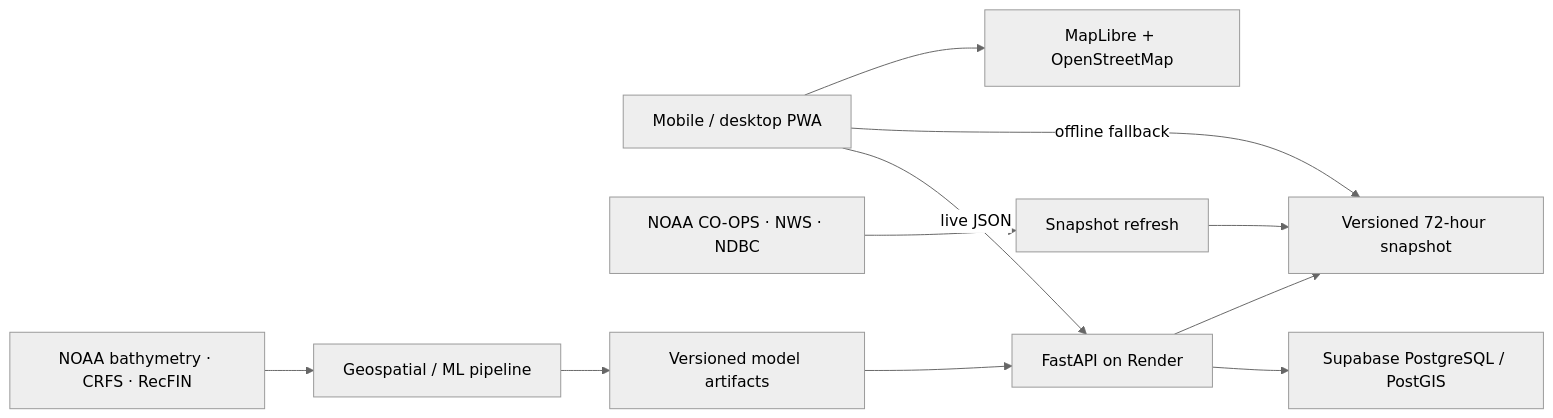
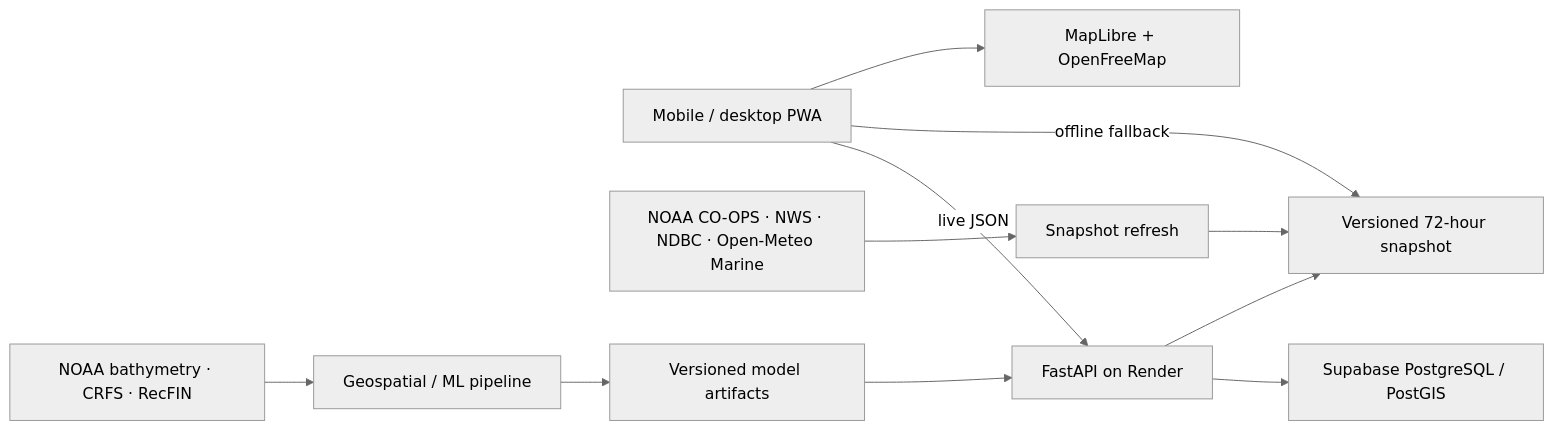
The diagram in README.md (brianbzeng/castingcompass), drawn with Mermaid (neutral theme) before and after one commit. The commit also changed other lines of this file and 20 other files, not shown here.

````diff
--- a/README.md
+++ b/README.md
@@ -29,13 +29,13 @@
 ```mermaid
 flowchart LR
     U["Mobile / desktop PWA"] -->|"live JSON"| A["FastAPI on Render"]
     U -->|"offline fallback"| S["Versioned 72-hour snapshot"]
-    U --> M["MapLibre + OpenStreetMap"]
+    U --> M["MapLibre + OpenFreeMap"]
     A --> P["Supabase PostgreSQL / PostGIS"]
     A --> S
-    R["NOAA CO-OPS · NWS · NDBC"] --> J["Snapshot refresh"]
+    R["NOAA CO-OPS · NWS · NDBC · Open-Meteo Marine"] --> J["Snapshot refresh"]
     J --> S
     B["NOAA bathymetry · CRFS · RecFIN"] --> G["Geospatial / ML pipeline"]
     G --> V["Versioned model artifacts"]
     V --> A
 ```
````
